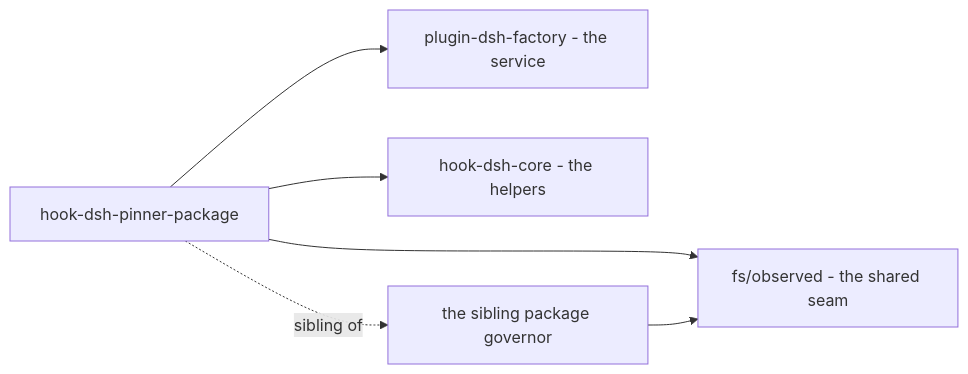
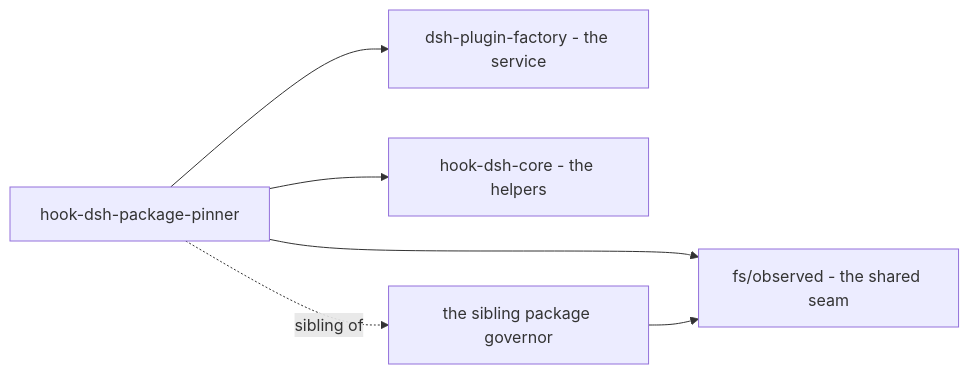
Before and after one commit to PlayForm/Site-DeepSeek: the diagram in Source/Content/Mermaid/family-position.mmd, drawn with Mermaid. The commit also changed 104 other files, not shown here.

```diff
--- a/Source/Content/Mermaid/family-position.mmd
+++ b/Source/Content/Mermaid/family-position.mmd
@@ -1,11 +1,11 @@
 flowchart LR
-	PINNER["hook-dsh-pinner-package"]
-	FACTORY["plugin-dsh-factory - the service"]
+	PINNER["hook-dsh-package-pinner"]
+	FACTORY["dsh-plugin-factory - the service"]
 	CORE["hook-dsh-core - the helpers"]
 	GOV["the sibling package governor"]
 	SEAM["fs/observed - the shared seam"]
 	PINNER --> FACTORY
 	PINNER --> CORE
 	PINNER --> SEAM
 	GOV --> SEAM
 	PINNER -. "sibling of" .-> GOV
```
